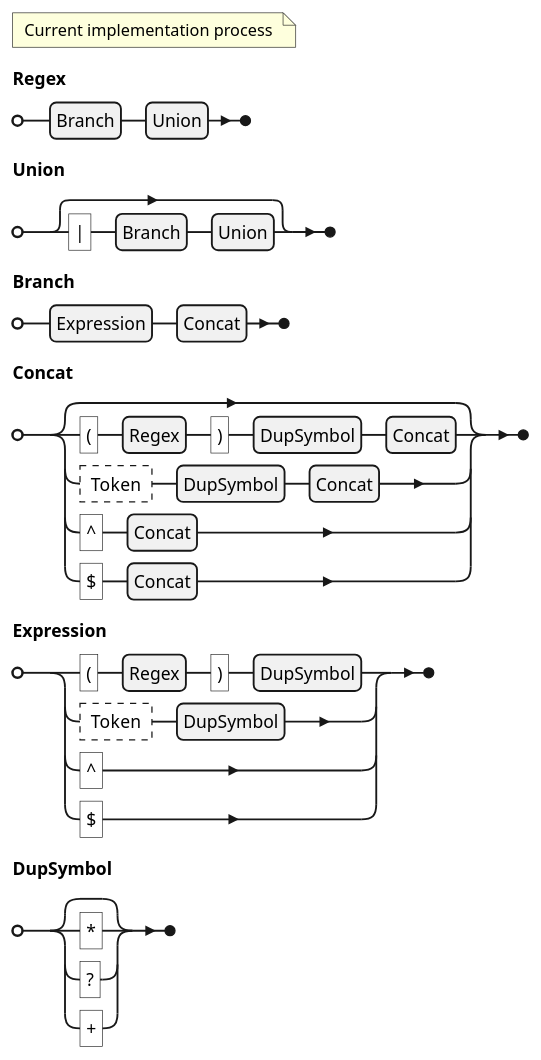
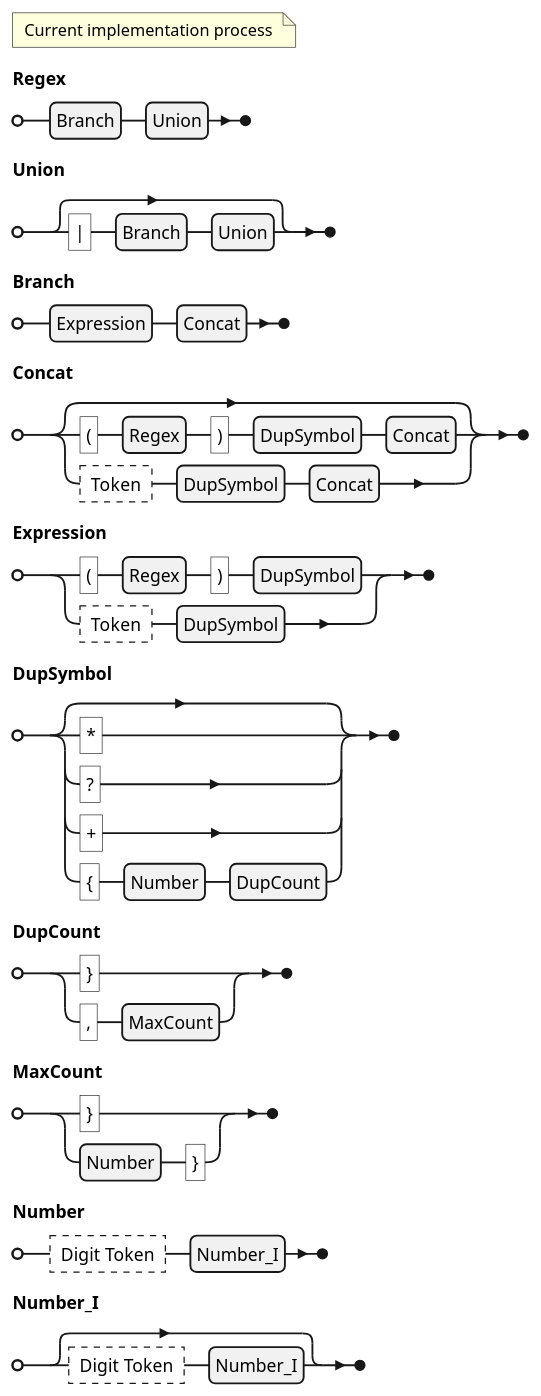
One commit to Toth-Balint1225/Regexer changed the diagram in Languages/language.plantuml. Above: the diagram before and after it, drawn with PlantUML. The commit also changed 4 other files, not shown here.

```diff
--- a/Languages/language.plantuml
+++ b/Languages/language.plantuml
@@ -1,25 +1,34 @@
 @startebnf Mathematical RegExp Syntax
 
 (* Current implementation process *)
 
 Regex = Branch, Union;
 Union = ["|", Branch, Union];
 
 Branch = Expression, Concat;
 Concat = [ "(", Regex, ")", DupSymbol, Concat
          | ? Token ?, DupSymbol, Concat
-         | "^", Concat
-         | "$", Concat
          ];
 
 Expression = "(", Regex, ")", DupSymbol
            | ? Token ?, DupSymbol
-           | "^"
-           | "$"
            ;
+
 DupSymbol = [ "*"
             | "?"
             | "+"
+            | "{", Number, DupCount
             ];
 
+DupCount = "}"
+         | ",", MaxCount
+         ;
+
+MaxCount = "}"
+         | Number, "}"
+         ;
+
+Number = ? Digit Token ?, Number_I;
+Number_I = [? Digit Token ?, Number_I];
+
 @endebnf
```
